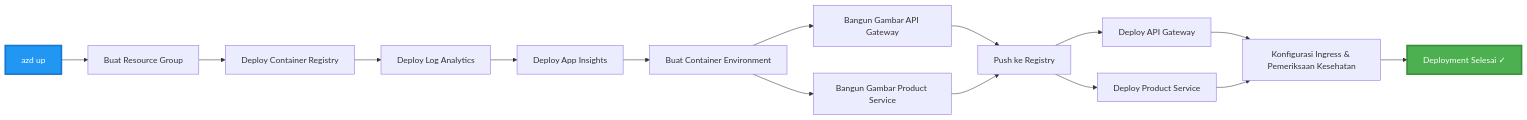
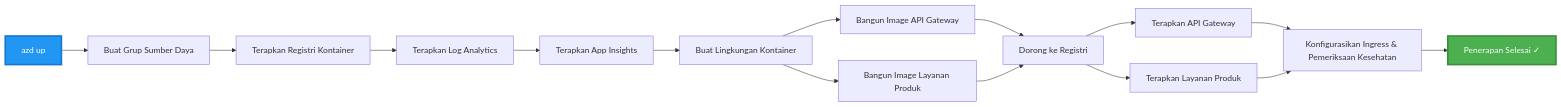
Before and after one commit to microsoft/AZD-for-beginners: the third of 4 diagrams in translations/id/examples/microservices/README.md, drawn with Mermaid. The commit also changed other lines of this file and 242 other files, not shown here.

````diff
--- a/translations/id/examples/microservices/README.md
+++ b/translations/id/examples/microservices/README.md
@@ -242,20 +233,20 @@
 ```mermaid
 graph LR
-    A[azd up] --> B[Buat Resource Group]
-    B --> C[Deploy Container Registry]
-    C --> D[Deploy Log Analytics]
-    D --> E[Deploy App Insights]
-    E --> F[Buat Container Environment]
-    F --> G[Bangun Gambar API Gateway]
-    F --> H[Bangun Gambar Product Service]
-    G --> I[Push ke Registry]
+    A[azd up] --> B[Buat Grup Sumber Daya]
+    B --> C[Terapkan Registri Kontainer]
+    C --> D[Terapkan Log Analytics]
+    D --> E[Terapkan App Insights]
+    E --> F[Buat Lingkungan Kontainer]
+    F --> G[Bangun Image API Gateway]
+    F --> H[Bangun Image Layanan Produk]
+    G --> I[Dorong ke Registri]
     H --> I
-    I --> J[Deploy API Gateway]
-    I --> K[Deploy Product Service]
-    J --> L[Konfigurasi Ingress & Pemeriksaan Kesehatan]
+    I --> J[Terapkan API Gateway]
+    I --> K[Terapkan Layanan Produk]
+    J --> L[Konfigurasikan Ingress & Pemeriksaan Kesehatan]
     K --> L
-    L --> M[Deployment Selesai ✓]
+    L --> M[Penerapan Selesai ✓]
     
     style A fill:#2196F3,stroke:#1976D2,stroke-width:3px,color:#fff
     style M fill:#4CAF50,stroke:#388E3C,stroke-width:3px,color:#fff
 ```
````
